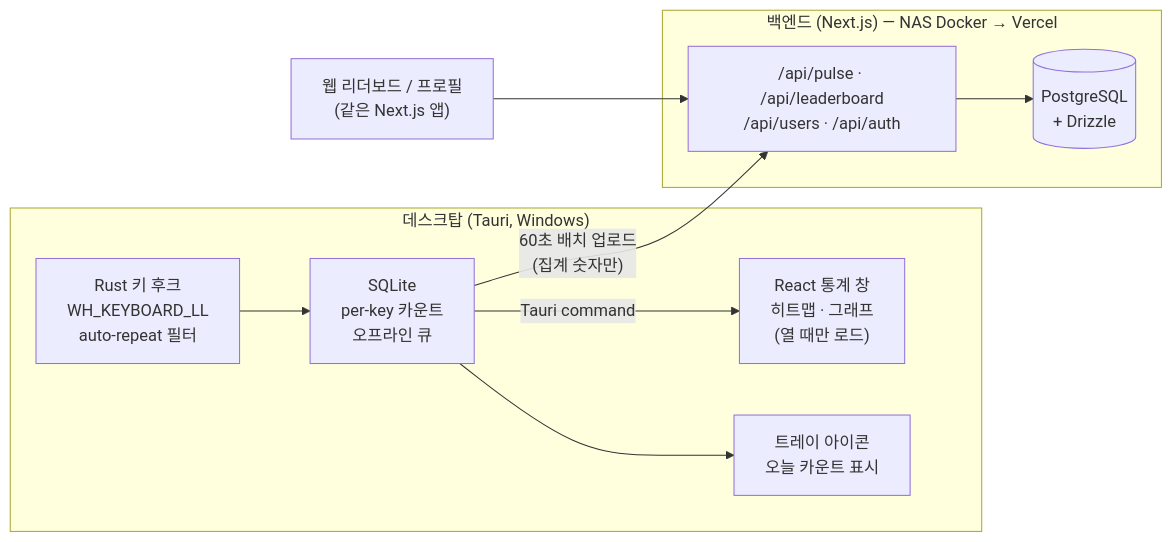
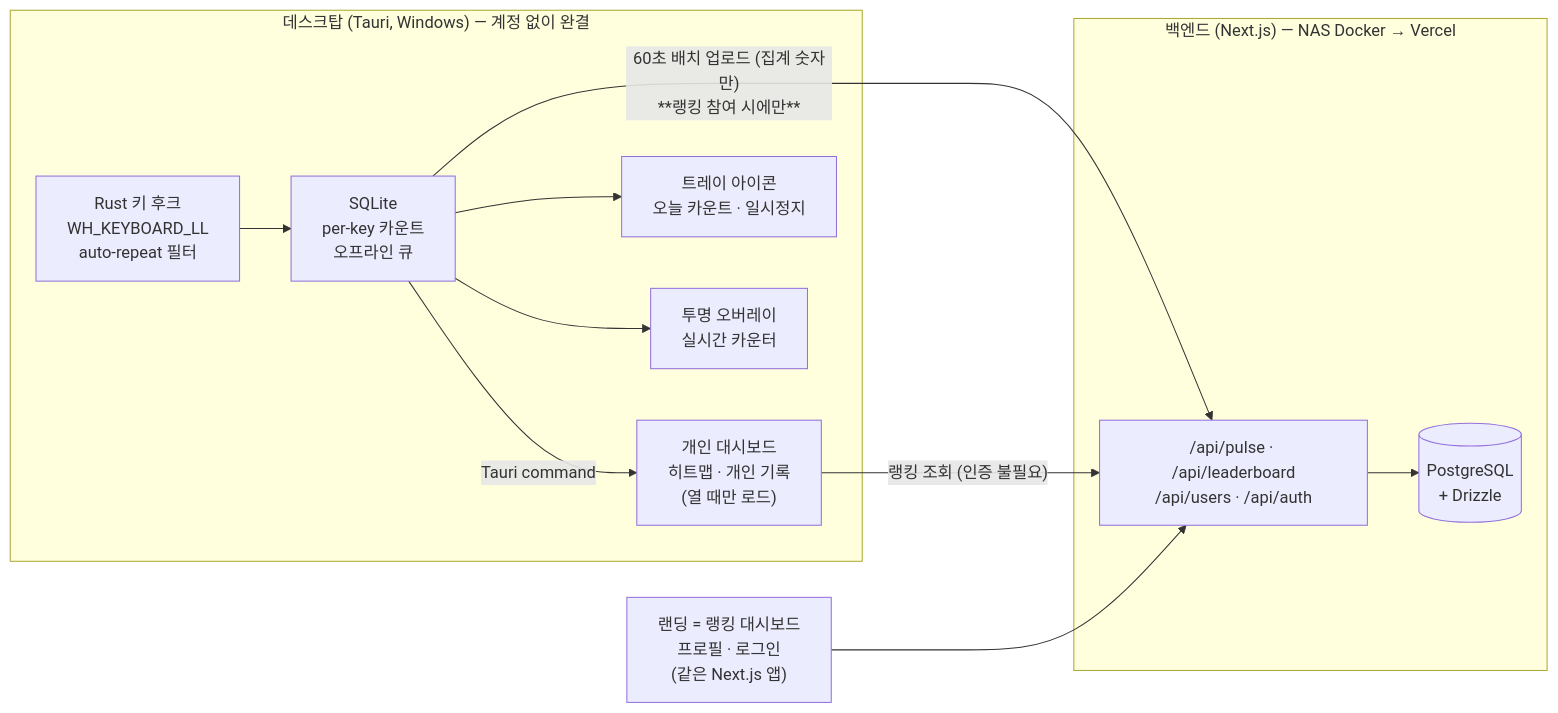
One commit to catdevdog/typing-rank changed the diagram in docs/PLAN.md. Above: the diagram before and after it, drawn with Mermaid. The commit also changed other lines of this file, not shown here.

````diff
--- a/docs/PLAN.md
+++ b/docs/PLAN.md
@@ -67,19 +71,22 @@
 ```mermaid
 flowchart LR
-  subgraph Client["데스크탑 (Tauri, Windows)"]
+  subgraph Client["데스크탑 (Tauri, Windows) — 계정 없이 완결"]
     Hook["Rust 키 후크<br/>WH_KEYBOARD_LL<br/>auto-repeat 필터"]
     LocalDB["SQLite<br/>per-key 카운트<br/>오프라인 큐"]
-    UI["React 통계 창<br/>히트맵 · 그래프<br/>(열 때만 로드)"]
-    Tray["트레이 아이콘<br/>오늘 카운트 표시"]
+    UI["개인 대시보드<br/>히트맵 · 개인 기록<br/>(열 때만 로드)"]
+    Tray["트레이 아이콘<br/>오늘 카운트 · 일시정지"]
+    Overlay["투명 오버레이<br/>실시간 카운터"]
     Hook --> LocalDB
     LocalDB -- "Tauri command" --> UI
     LocalDB --> Tray
+    LocalDB --> Overlay
   end
   subgraph Server["백엔드 (Next.js) — NAS Docker → Vercel"]
     API["/api/pulse · /api/leaderboard<br/>/api/users · /api/auth"]
     DB[("PostgreSQL<br/>+ Drizzle")]
     API --> DB
   end
-  LocalDB -- "60초 배치 업로드<br/>(집계 숫자만)" --> API
-  Web["웹 리더보드 / 프로필<br/>(같은 Next.js 앱)"] --> API
+  LocalDB -- "60초 배치 업로드 (집계 숫자만)<br/>**랭킹 참여 시에만**" --> API
+  UI -- "랭킹 조회 (인증 불필요)" --> API
+  Web["랜딩 = 랭킹 대시보드<br/>프로필 · 로그인<br/>(같은 Next.js 앱)"] --> API
 ```
````
